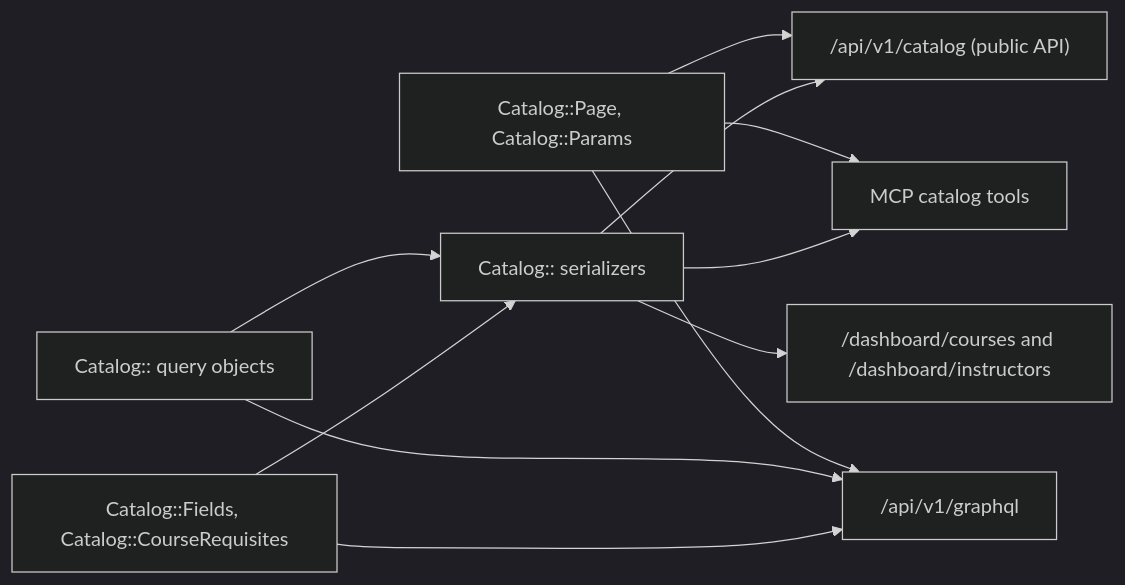
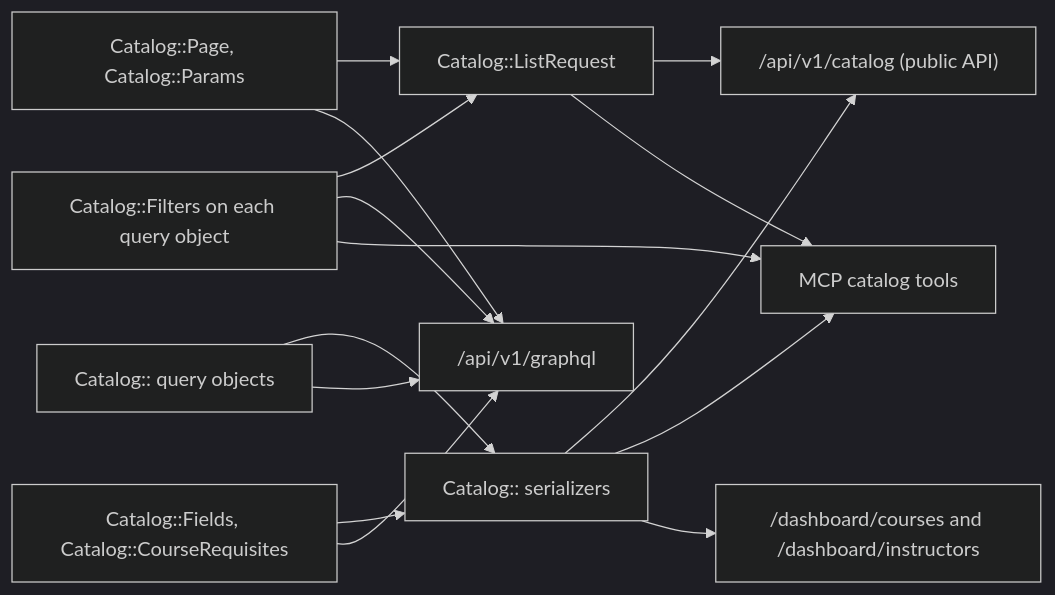
One commit to WITCodingClub/calendar-backend changed the third of 4 diagrams in docs/architecture.md. Above: the diagram before and after it, drawn with Mermaid (dark theme). The commit also changed other lines of this file and 61 other files, not shown here.

First line of the commit message:
refactor: read banner sections through one normalizer and share one catalog filter list (#1040)

````diff
--- a/docs/architecture.md
+++ b/docs/architecture.md
@@ -96,13 +96,17 @@
 ```mermaid
 flowchart LR
-  P["Catalog::Page, Catalog::Params"] --> API
-  P --> MCP
+  F0["Catalog::Filters on each query object"] --> L["Catalog::ListRequest"]
+  F0 --> G
+  F0 --> MCP
+  L --> API
+  L --> MCP
+  P["Catalog::Page, Catalog::Params"] --> L
   P --> G["/api/v1/graphql"]
   Q["Catalog:: query objects"] --> S["Catalog:: serializers"]
   Q --> G
   F["Catalog::Fields, Catalog::CourseRequisites"] --> S
   F --> G
   S --> API["/api/v1/catalog (public API)"]
   S --> MCP["MCP catalog tools"]
   S --> D["/dashboard/courses and /dashboard/instructors"]
 ```
````
